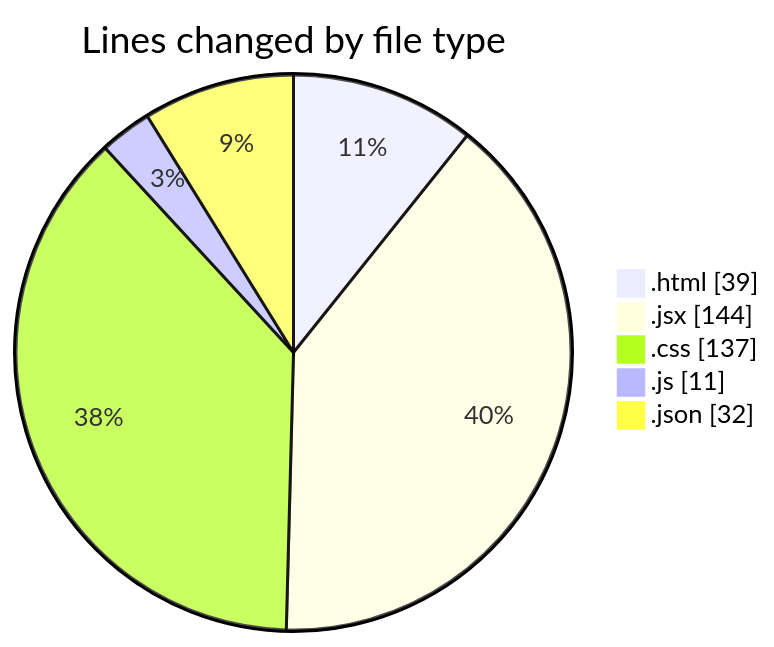
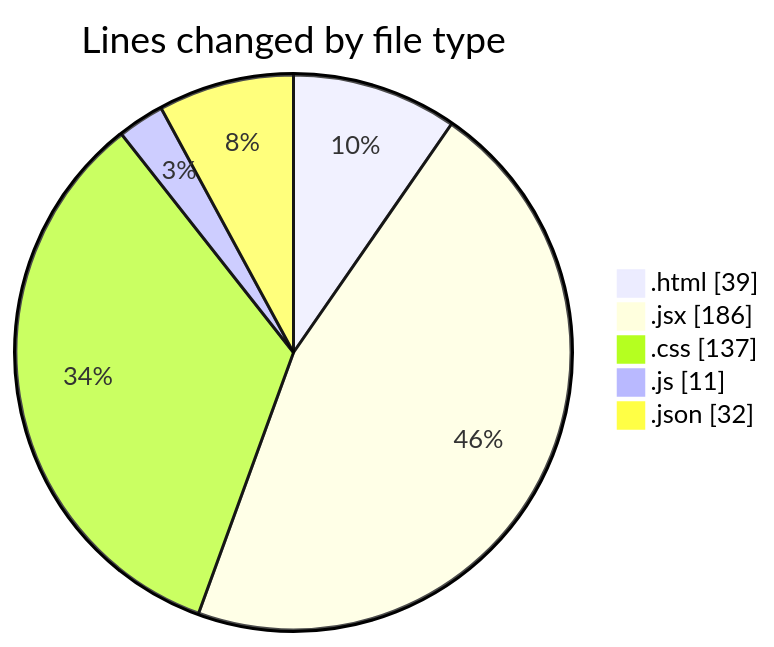
One commit to Elitesun/code-tracking changed the first of 2 diagrams in 2025-02-12/elitegpt/README.md. Above: the diagram before and after it, drawn with Mermaid. The commit also changed other lines of this file and 1 other file, not shown here.

````diff
--- a/2025-02-12/elitegpt/README.md
+++ b/2025-02-12/elitegpt/README.md
@@ -27,9 +27,9 @@
 ```mermaid
 pie showData
 title Lines changed by file type
 ".html" : 39
-".jsx" : 144
+".jsx" : 186
 ".css" : 137
 ".js" : 11
 ".json" : 32
 ```
````
